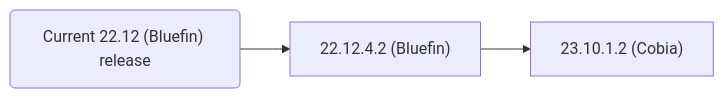
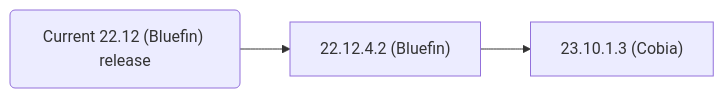
Before and after one commit to truenas/documentation: the second of 2 diagrams in content/GettingStarted/SCALEReleaseNotes.md, drawn with Mermaid. The commit also changed other lines of this file, not shown here.

Commit message:
Update Cobia upgrade paths

```diff
--- a/content/GettingStarted/SCALEReleaseNotes.md
+++ b/content/GettingStarted/SCALEReleaseNotes.md
@@ -137,4 +137,4 @@
 {{< mermaid class="mermaid_sizing" >}}
 flowchart LR
-A("Current 22.12 (Bluefin) release") --> B["22.12.4.2 (Bluefin)"] --> C["23.10.1.2 (Cobia)"]
+A("Current 22.12 (Bluefin) release") --> B["22.12.4.2 (Bluefin)"] --> C["23.10.1.3 (Cobia)"]
 {{< /mermaid >}}
```
